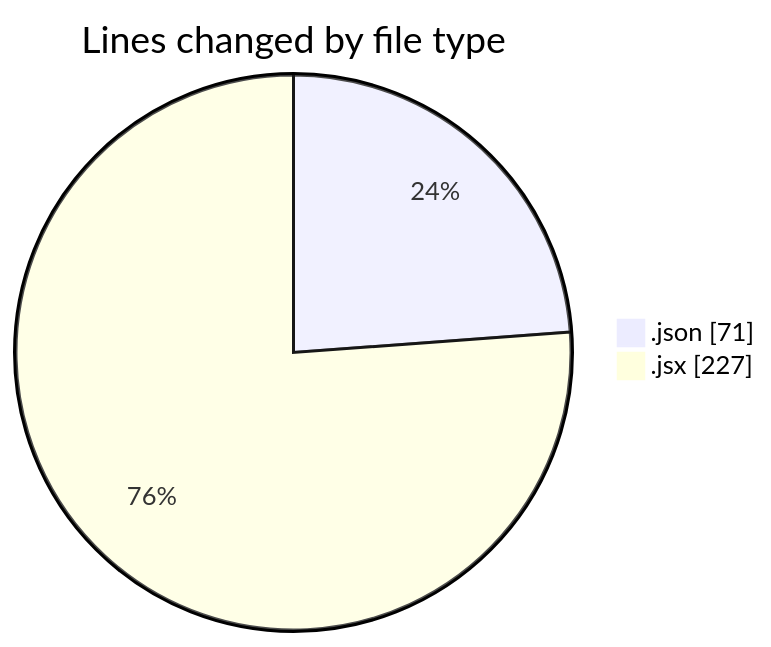
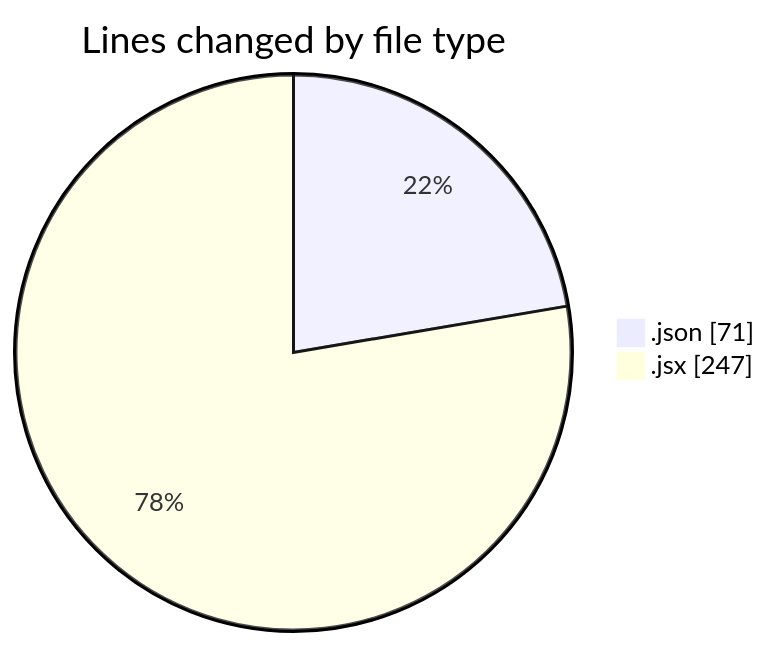
Before and after one commit to momahboobian/code-tracking: the first of 2 diagrams in 2026-03-02/cda/README.md, drawn with Mermaid. The commit also changed other lines of this file and 1 other file, not shown here.

````diff
--- a/2026-03-02/cda/README.md
+++ b/2026-03-02/cda/README.md
@@ -21,6 +21,6 @@
 ```mermaid
 pie showData
 title Lines changed by file type
 ".json" : 71
-".jsx" : 227
+".jsx" : 247
 ```
````
